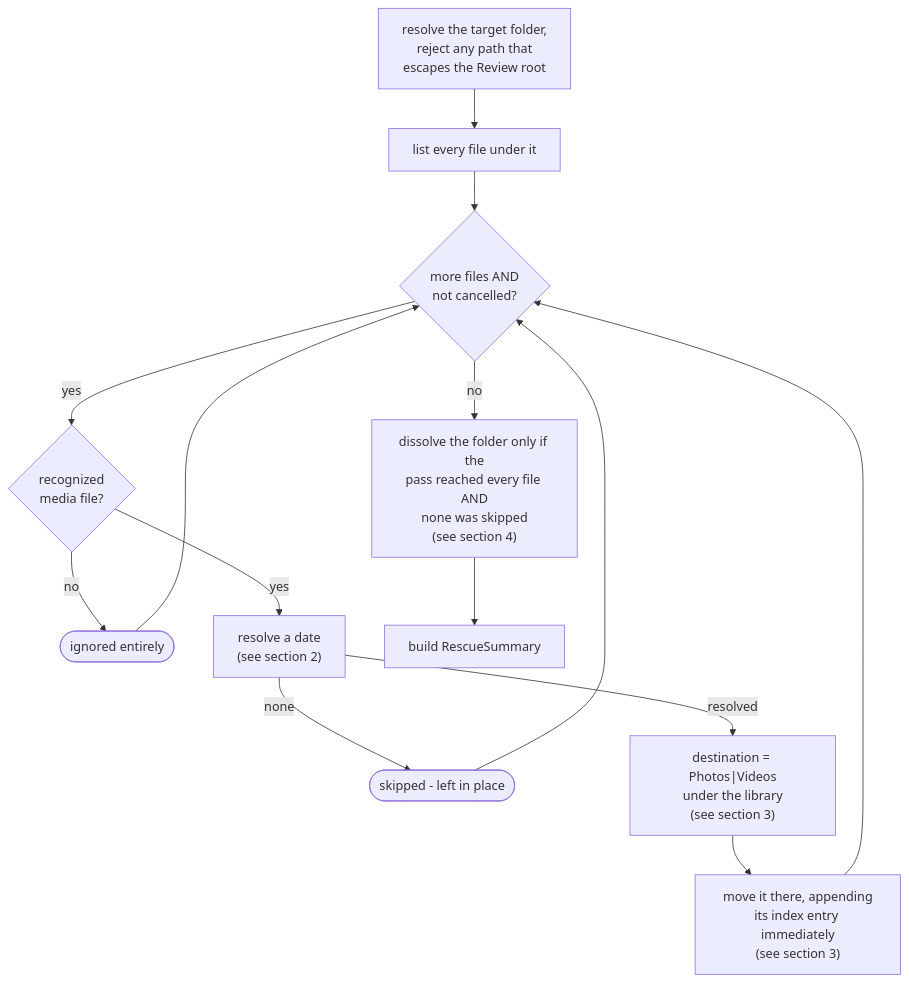
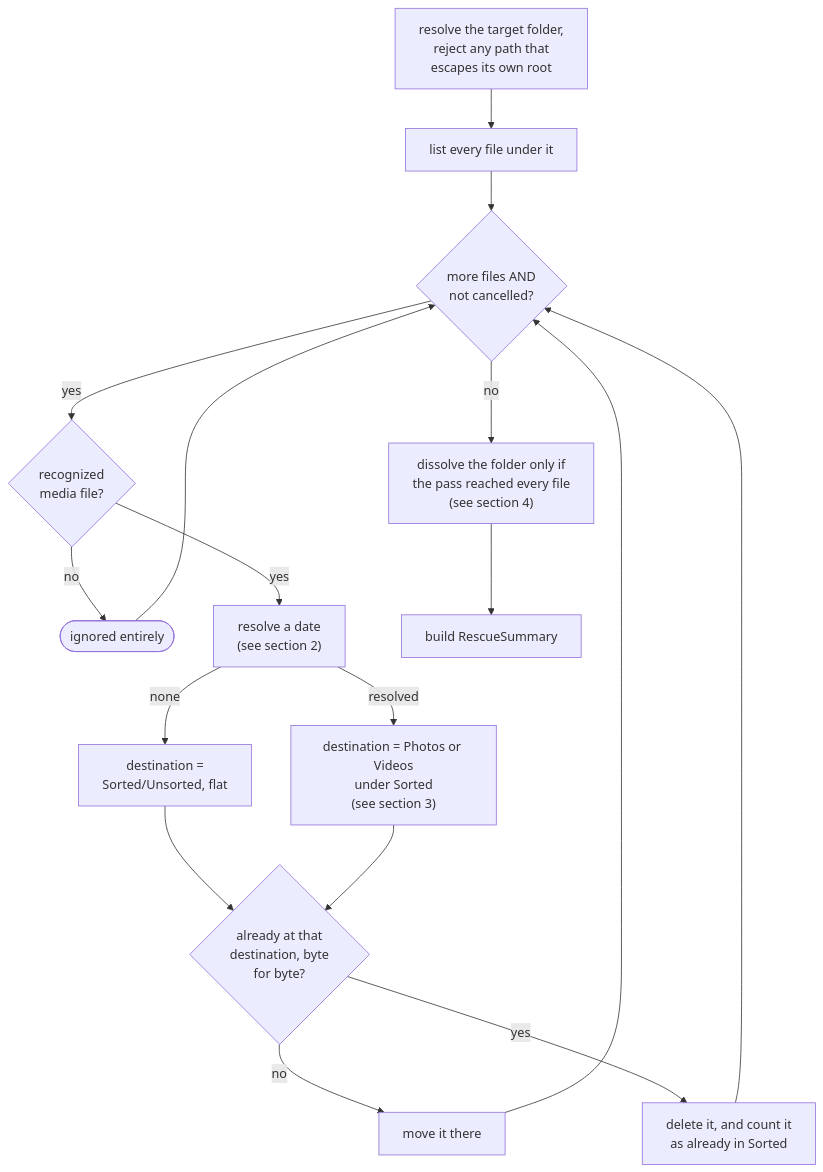
Before and after one commit to AdrianNachev91/sluice: the first of 4 diagrams in app/docs/design/application/service/rescue-engine.md, drawn with Mermaid. The commit also changed other lines of this file and 83 other files, not shown here.

````diff
--- a/app/docs/design/application/service/rescue-engine.md
+++ b/app/docs/design/application/service/rescue-engine.md
@@ -10,13 +14,16 @@
 ```mermaid
 flowchart TD
-    A["resolve the target folder,<br/>reject any path that<br/>escapes the Review root"] --> B["list every file under it"]
+    A["resolve the target folder,<br/>reject any path that<br/>escapes its own root"] --> B["list every file under it"]
     B --> L{"more files AND<br/>not cancelled?"}
-    L -- no --> J["dissolve the folder only if the<br/>pass reached every file AND<br/>none was skipped<br/>(see section 4)"]
+    L -- no --> J["dissolve the folder only if<br/>the pass reached every file<br/>(see section 4)"]
     L -- yes --> C{"recognized<br/>media file?"}
     C -- no --> H(["ignored entirely"]) --> L
     C -- yes --> D["resolve a date<br/>(see section 2)"]
-    D -- none --> E(["skipped - left in place"]) --> L
-    D -- resolved --> F["destination = Photos|Videos<br/>under the library<br/>(see section 3)"]
-    F --> G["move it there, appending<br/>its index entry immediately<br/>(see section 3)"] --> L
+    D -- none --> E["destination =<br/>Sorted/Unsorted, flat"]
+    D -- resolved --> F["destination = Photos or Videos<br/>under Sorted<br/>(see section 3)"]
+    E --> M{"already at that<br/>destination, byte<br/>for byte?"}
+    F --> M
+    M -- no --> G["move it there"] --> L
+    M -- yes --> I["delete it, and count it<br/>as already in Sorted"] --> L
     J --> K["build RescueSummary"]
 ```
````
